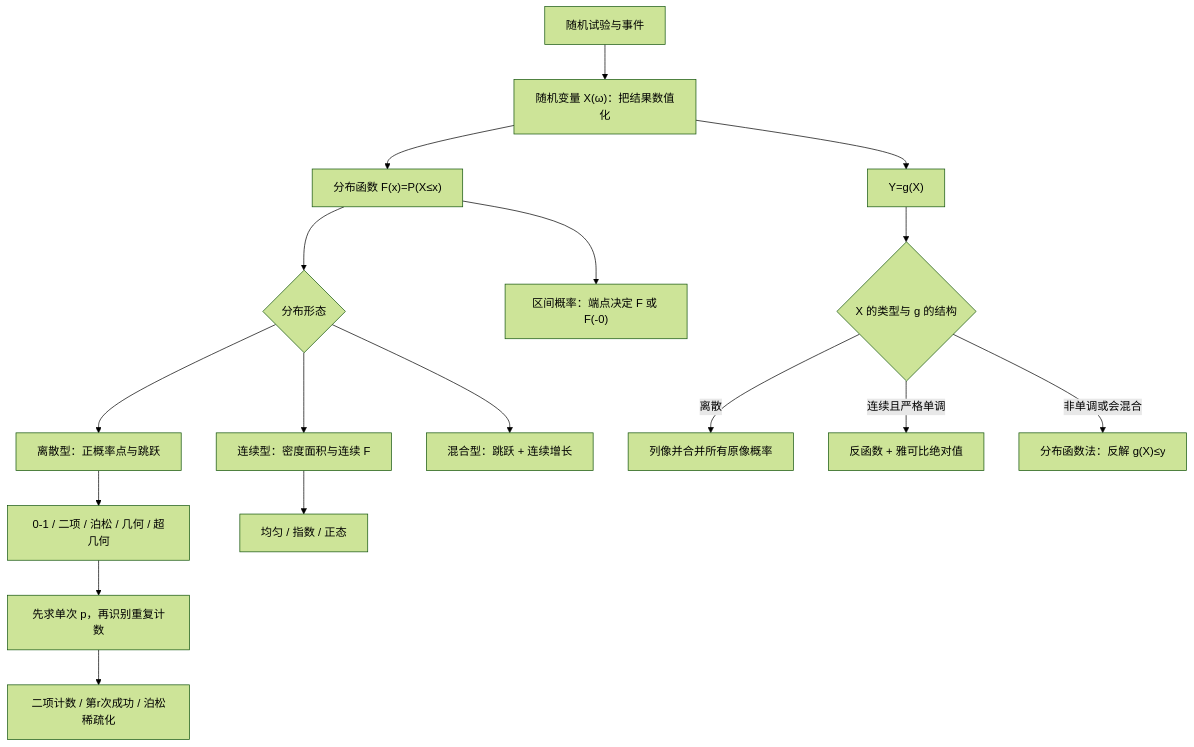
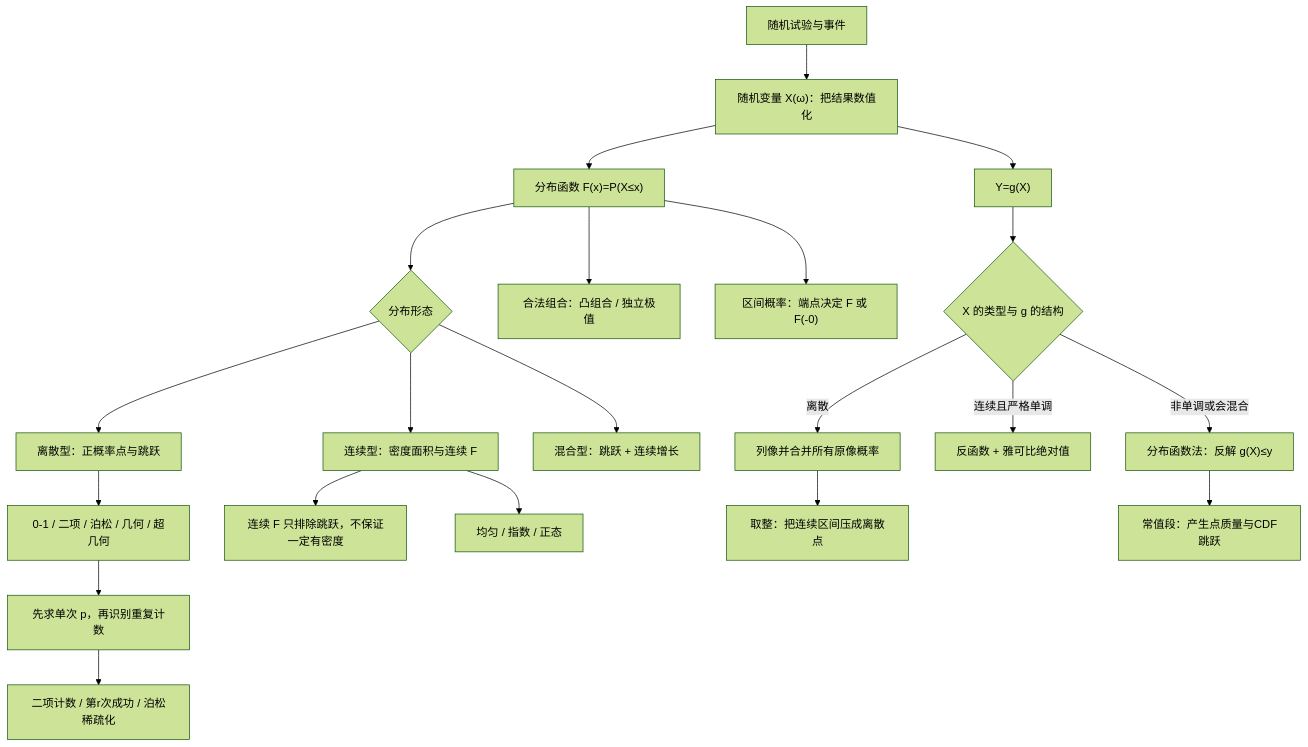
Before and after one commit to Cthaat/Obsidian: the diagram in 考研数学/张宇基础30讲笔记/26_概率第2讲_一维随机变量及其分布.md, drawn with Mermaid (forest theme). The commit also changed other lines of this file and 4 other files, not shown here.

````diff
--- a/考研数学/张宇基础30讲笔记/26_概率第2讲_一维随机变量及其分布.md
+++ b/考研数学/张宇基础30讲笔记/26_概率第2讲_一维随机变量及其分布.md
@@ -46,19 +57,23 @@
 ```mermaid
 flowchart TD
     A["随机试验与事件"] --> B["随机变量 X(ω)：把结果数值化"]
     B --> C["分布函数 F(x)=P(X≤x)"]
     C --> D{"分布形态"}
     D --> E["离散型：正概率点与跳跃"]
     D --> F["连续型：密度面积与连续 F"]
     D --> G["混合型：跳跃 + 连续增长"]
+    C --> C1["合法组合：凸组合 / 独立极值"]
+    F --> F1["连续 F 只排除跳跃，不保证一定有密度"]
     E --> H["0-1 / 二项 / 泊松 / 几何 / 超几何"]
     F --> I["均匀 / 指数 / 正态"]
     C --> J["区间概率：端点决定 F 或 F(-0)"]
     B --> K["Y=g(X)"]
     K --> L{"X 的类型与 g 的结构"}
     L -->|离散| M["列像并合并所有原像概率"]
     L -->|连续且严格单调| N["反函数 + 雅可比绝对值"]
     L -->|非单调或会混合| O["分布函数法：反解 g(X)≤y"]
+    M --> M1["取整：把连续区间压成离散点"]
+    O --> O1["常值段：产生点质量与CDF跳跃"]
     H --> P["先求单次 p，再识别重复计数"]
     P --> Q["二项计数 / 第r次成功 / 泊松稀疏化"]
 ```
````
